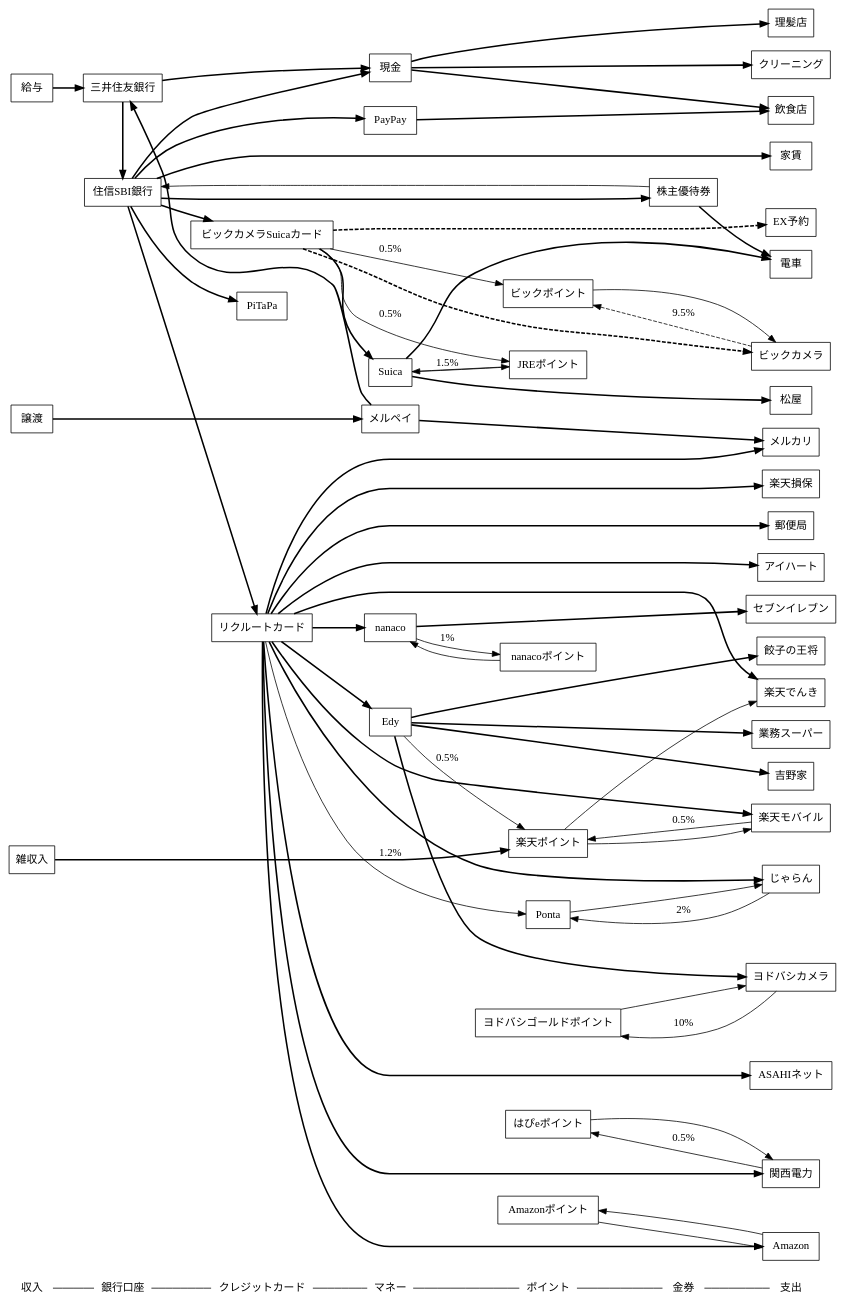
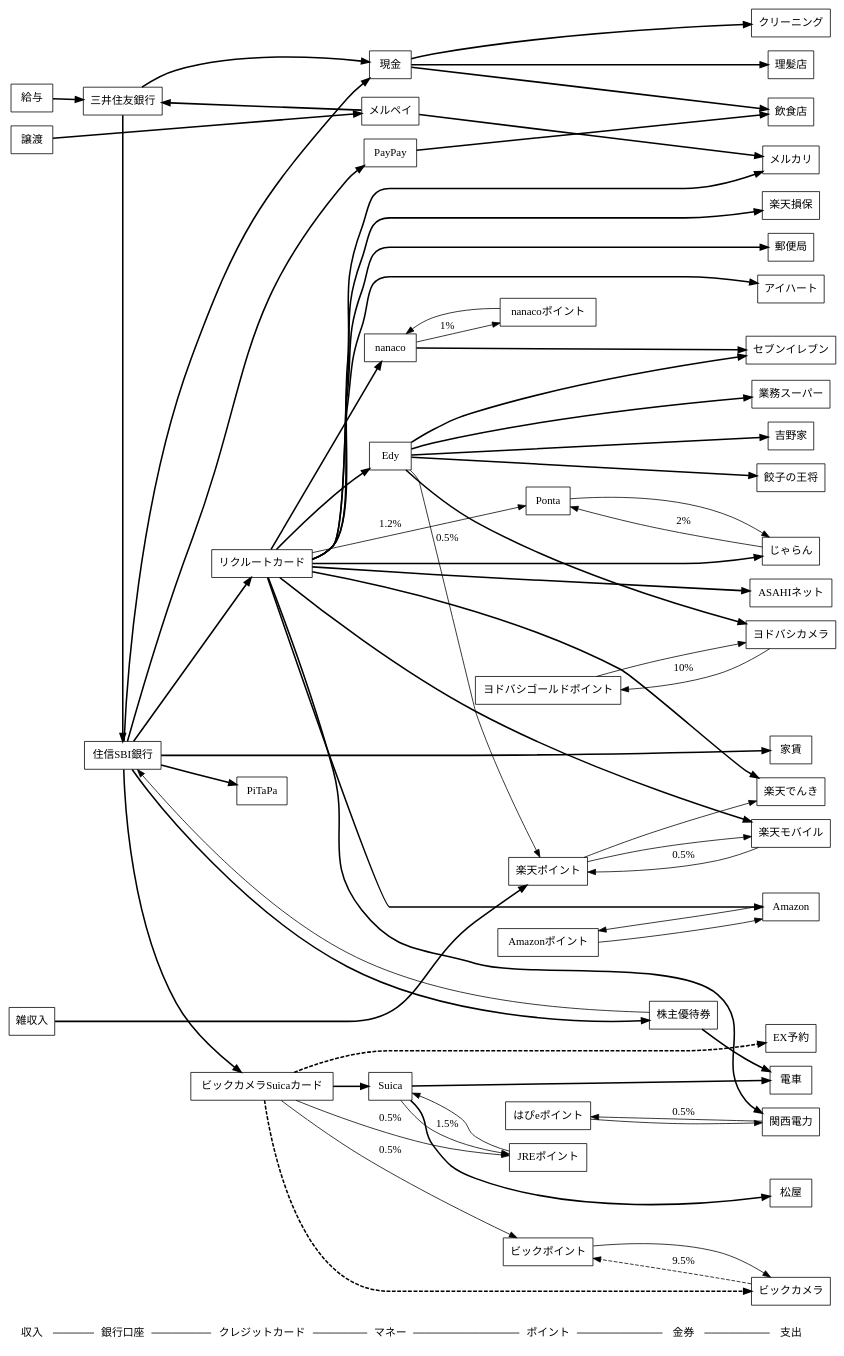
One commit to saireya/moneyflow changed the diagram in moneyflow.dot. Above: the diagram before and after it, drawn with Graphviz. The commit also changed 1 other file, not shown here.

Commit message:
Added edge from Edy to Seven-Eleven

```diff
--- a/moneyflow.dot
+++ b/moneyflow.dot
@@ -1,162 +1,163 @@
 // dot -Tsvg moneyflow.dot -o moneyflow.svg
 // edge: bold: 支出, solid: 還元(label:還元率), dashed: Obsolete
 digraph "MoneyFlow"
 {
 	graph [ rankdir = LR ];
 	node [ shape = box ];
 
 	"収入", "銀行口座", "クレジットカード", "マネー", "ポイント", "金券", "支出" [shape = none];
 	"収入" -> "銀行口座" -> "クレジットカード" -> "マネー" -> "ポイント" -> "金券" -> "支出" [arrowhead = none];
 	{
 		rank = same; "収入";
 		給与;
 		譲渡;
 		雑収入;
 	}
 
 	{
 		rank = same; "銀行口座";
 		三井住友銀行;
 		住信SBI銀行;
 	}
 
 	{
 		rank = same; "クレジットカード";
 		ビックカメラSuicaカード;
 		リクルートカード;
 		PiTaPa;
 	}
 
 	{
 		rank = same; "マネー";
 		Suica;
 		現金;
 		nanaco;
 		Edy;
 		PayPay;
 		メルペイ;
 	}
 
 	{
 		rank = same; "ポイント";
 		// 共通ポイント
 		Ponta;
 		楽天ポイント;
 		// クレジットカード関係
 		JREポイント;
 		// 独自ポイント
 		ビックポイント;
 		Amazonポイント;
 		nanacoポイント;
 		ヨドバシゴールドポイント;
 		はぴeポイント;
 	}
 
 	{
 		rank = same; "金券";
 		株主優待券;
 	}
 
 	{
 		rank = same; "支出";
 		家賃;
 		// コンビニ
 		セブンイレブン;
 		// 交通
 		電車;
 		// インフラ
 		ASAHIネット;
 		楽天モバイル;
 		楽天でんき;
 		関西電力;
 		楽天損保;
 		郵便局;
 		// 店舗
 		アイハート;
 		ビックカメラ;
 		ヨドバシカメラ;
 		餃子の王将;
 		飲食店;
 		業務スーパー;
 		松屋;
 		吉野家;
 		理髪店;
 		クリーニング;
 		// ネット
 		Amazon;
 		EX予約;
 		じゃらん;
 		メルカリ;
 	}
 
 	// SMBC
 	給与 -> 三井住友銀行 [style="bold", weight=100];
 	三井住友銀行 -> 現金, 住信SBI銀行 [style="bold", weight=100];
 
 	// ビックカメラSuicaカード
 	ビックカメラSuicaカード -> JREポイント [label="0.5%"];
 	ビックカメラSuicaカード -> ビックカメラ [style="bold,dashed", weight=100];
 	ビックカメラ -> ビックポイント [style="dashed", label="9.5%"];
 	ビックカメラSuicaカード -> ビックポイント [label="0.5%"]
 	ビックポイント -> ビックカメラ;
 	ビックカメラSuicaカード -> Suica -> 電車 [style="bold", weight=100];
 	Suica -> 松屋 [style="bold", weight=100];
 	ビックカメラSuicaカード -> EX予約 [style="bold,dashed", weight=100];
 	Suica -> JREポイント [label="1.5%"];
 	JREポイント -> Suica;
 
 	// 住信SBI
 	住信SBI銀行 -> 現金 [style="bold", weight=100];
 	住信SBI銀行 -> 家賃 [style="bold", weight=100];
 	住信SBI銀行 -> ビックカメラSuicaカード, リクルートカード, PiTaPa [style="bold", weight=100];
 	住信SBI銀行 -> PayPay [style="bold", weight=100];
 	PayPay -> 飲食店 [style="bold", weight=100];
 	住信SBI銀行 -> 株主優待券 [style="bold", weight=100];
 	株主優待券 -> 電車 [style="bold", weight=100];
 	株主優待券 -> 住信SBI銀行;
 
 	// リクルートカード
 	リクルートカード -> ASAHIネット [style="bold", weight=100];
 	リクルートカード -> Amazon [style="bold", weight=100];
 	リクルートカード -> じゃらん [style="bold", weight=100];
 	リクルートカード -> アイハート [style="bold", weight=100];
 	リクルートカード -> 関西電力 [style="bold", weight=100];
 	関西電力 -> はぴeポイント [label="0.5%"];
 	はぴeポイント -> 関西電力;
 	リクルートカード -> 楽天でんき [style="bold", weight=100];
 	リクルートカード -> 楽天損保 [style="bold", weight=100];
 	リクルートカード -> 楽天モバイル [style="bold", weight=100];
 	楽天モバイル -> 楽天ポイント [label="0.5%"];
 	楽天ポイント -> 楽天モバイル, 楽天でんき;
 	リクルートカード -> Edy [style="bold", weight=100];
 	Edy -> ヨドバシカメラ [style="bold", weight=100];
 	ヨドバシカメラ -> ヨドバシゴールドポイント [label="10%"];
 	ヨドバシゴールドポイント -> ヨドバシカメラ;
 	Edy -> 吉野家 [style="bold", weight=100];
 	Edy -> 楽天ポイント [label="0.5%"];
 	リクルートカード -> Ponta [label="1.2%"];
 	Ponta -> じゃらん;
 	じゃらん -> Ponta [label="2%"];
 	Amazon -> Amazonポイント -> Amazon;
 	リクルートカード -> nanaco [style="bold", weight=100];
 	nanaco -> セブンイレブン [style="bold", weight=100];
 	nanaco -> nanacoポイント [label="1%"];
 	nanacoポイント -> nanaco;
 	Edy -> 業務スーパー [style="bold", weight=100];
 	Edy -> 餃子の王将 [style="bold", weight=100];
 	リクルートカード -> 郵便局 [style="bold", weight=100];
+	Edy -> セブンイレブン [style="bold", weight=100];
 
 	// 現金
 	現金 -> 飲食店 [style="bold", weight=100];
 	現金 -> 理髪店 [style="bold", weight=100];
 	現金 -> クリーニング [style="bold", weight=100];
 
 	// 譲渡
 	譲渡 -> メルペイ [style="bold", weight=100];
 	メルペイ -> メルカリ [style="bold", weight=100];
 	メルペイ -> 三井住友銀行 [style="bold", weight=100];
 	リクルートカード -> メルカリ [style="bold", weight=100];
 
 	// 雑収入
 	雑収入 -> 楽天ポイント [style="bold", weight=100];
 }
```
